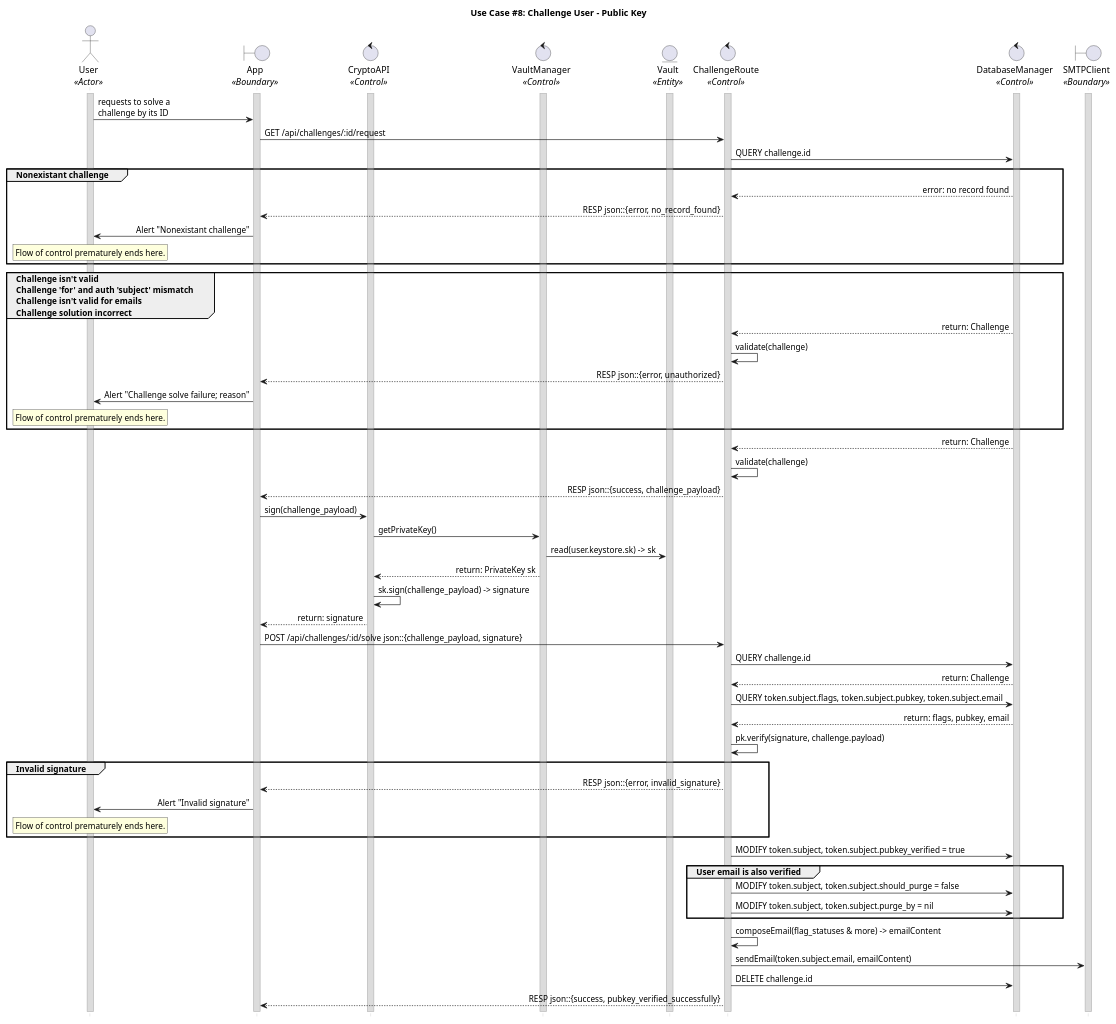
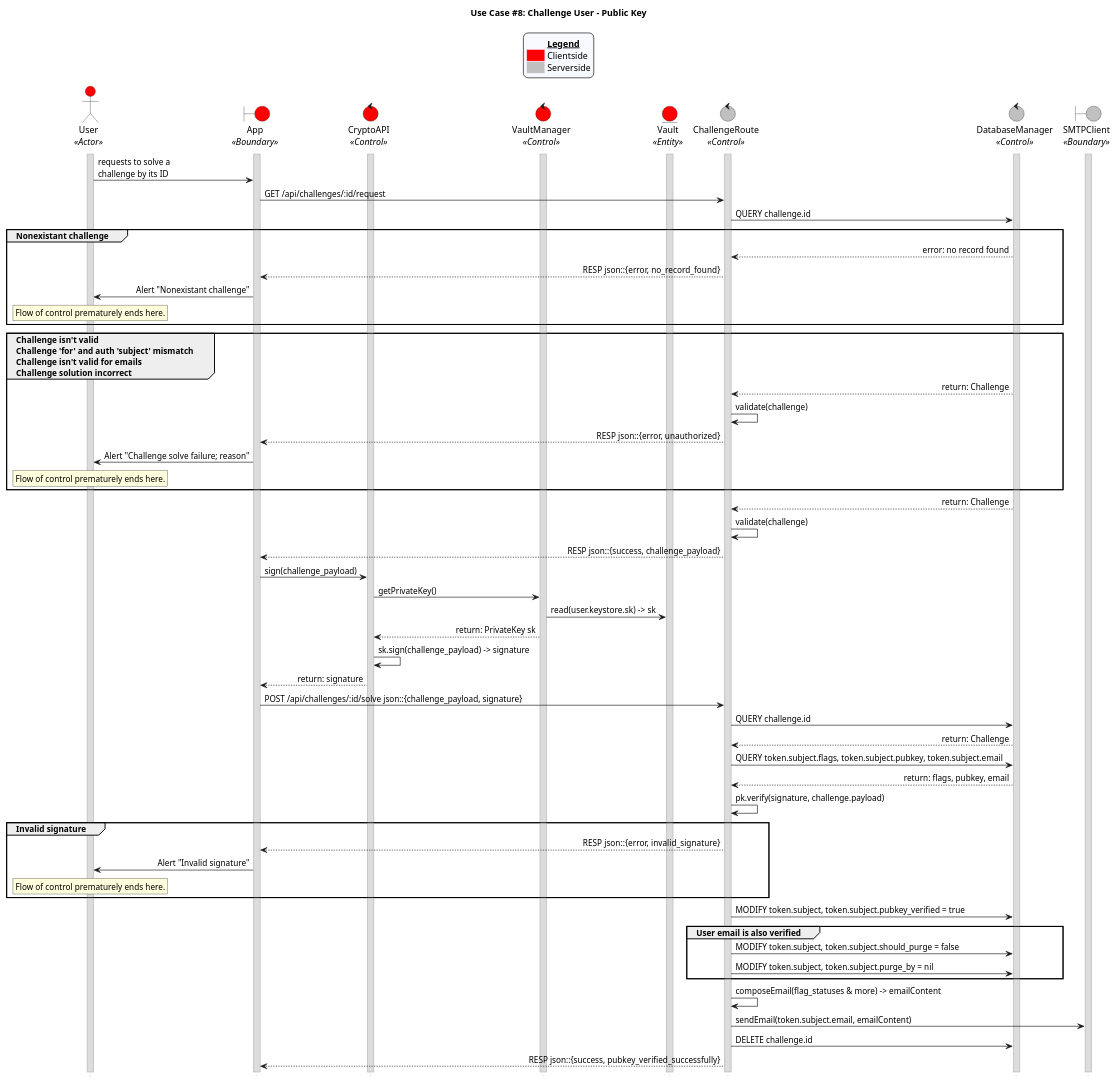
Before and after one commit to CECS-491-SP24-Group-1/seq-diagrams: the diagram in uc_08_pubkey.puml, drawn with PlantUML. The commit also changed 8 other files, not shown here.

Commit message:
Add legends to the diagrams

```diff
--- a/uc_08_pubkey.puml
+++ b/uc_08_pubkey.puml
@@ -1,121 +1,133 @@
 @startuml uc08_pubkey
 title "Use Case #8: Challenge User - Public Key"
 
 'Styling goes here
 hide footbox
 skinparam stereotypePosition bottom
 skinparam sequenceMessageAlign direction
 skinparam sequence {
 	LifeLineBorderColor #Silver
 	LifeLineBackgroundColor #Gainsboro
 }
 
+'Add a legend plus styling
+skinparam legend {
+	backgroundColor #GhostWhite
+	entrySeparator #GhostWhite
+}
+
+legend top
+	<#GhostWhite,#GhostWhite>|	|= __Legend__ |
+	|<#red> | Clientside|
+	|<#silver> | Serverside|
+endlegend
+
 'Setup the objects involved here
-actor User as u <<Actor>>
-boundary App as a <<Boundary>>
-control CryptoAPI as ca <<Control>>
-control VaultManager as vm <<Control>>
-entity Vault as v <<Entity>>
-control ChallengeRoute as cr <<Control>>
-control DatabaseManager as db <<Control>>
-boundary SMTPClient as sc <<Boundary>>
+actor User as u <<Actor>> #red
+boundary App as a <<Boundary>> #red
+control CryptoAPI as ca <<Control>> #red
+control VaultManager as vm <<Control>> #red
+entity Vault as v <<Entity>> #red
+control ChallengeRoute as cr <<Control>> #silver
+control DatabaseManager as db <<Control>> #silver
+boundary SMTPClient as sc <<Boundary>> #silver
 
 'Setup persistent objects here
 activate u
 activate a
 activate ca
 activate vm
 activate v
 activate cr
 activate db
 activate sc
 
 '--- FLOW OF CONTROL STARTS HERE ---
 'User submits a request to verify their public key.
 u -> a: requests to solve a \nchallenge by its ID
 
 'App requests the challenge from the server by its ID.
 a -> cr: GET /api/challenges/:id/request
 
 'Server checks if the challenge is valid
 cr -> db: QUERY challenge.id
 
 'Case 1: The challenge doesn't exist
 group Nonexistant challenge
 	db --> cr: error: no record found
 	cr --> a: RESP json::{error, no_record_found}
 	a -> u: Alert "Nonexistant challenge"
 	rnote over u
 	Flow of control prematurely ends here.
 	endrnote
 end
 
 'Case 2: The challenge is invalid, not for this user, not email challenge, or the solution is incorrect.
 group Challenge isn't valid \nChallenge 'for' and auth 'subject' mismatch \nChallenge isn't valid for emails \nChallenge solution incorrect
 	db --> cr: return: Challenge
 	cr -> cr: validate(challenge)
 	cr --> a: RESP json::{error, unauthorized}
 	a -> u: Alert "Challenge solve failure; reason"
 	rnote over u
 	Flow of control prematurely ends here.
 	endrnote
 end
 
 'Default case: challenge exists and is valid.
 db --> cr: return: Challenge
 cr -> cr: validate(challenge)
 
 'Server sends the challenge payload to the user.
 cr --> a: RESP json::{success, challenge_payload}
 
 'The app signs the challenge payload with the user's private key.
 a -> ca: sign(challenge_payload)
 ca -> vm: getPrivateKey()
 vm -> v: read(user.keystore.sk) -> sk
 vm --> ca: return: PrivateKey sk
 ca -> ca: sk.sign(challenge_payload) -> signature
 ca --> a: return: signature
 
 'The app sends the signature to the server.
 a -> cr: POST /api/challenges/:id/solve json::{challenge_payload, signature}
 
 'The server queries the database for the challenge info
 cr -> db: QUERY challenge.id
 db --> cr: return: Challenge
 
 'The server queries the database for the user flags public key, and email.
 cr -> db: QUERY token.subject.flags, token.subject.pubkey, token.subject.email
 db --> cr: return: flags, pubkey, email
 
 'The server verifies the signature against the known public key.
 cr -> cr: pk.verify(signature, challenge.payload)
 
 'Case 1: The signature is invalid.
 group Invalid signature
 	cr --> a: RESP json::{error, invalid_signature}
 	a -> u: Alert "Invalid signature"
 	rnote over u
 	Flow of control prematurely ends here.
 	endrnote
 end
 
 'Default case: the verification succeeds. 
 'Mark the user's public key as verified
 cr -> db: MODIFY token.subject, token.subject.pubkey_verified = true
 
 'Also unmark the user's account for deletion if the email is verified.
 group User email is also verified
 	cr -> db: MODIFY token.subject, token.subject.should_purge = false
 	cr -> db: MODIFY token.subject, token.subject.purge_by = nil
 end
 
 'Email the user to inform of successful challenge completion and next steps.
 cr -> cr: composeEmail(flag_statuses & more) -> emailContent
 cr -> sc: sendEmail(token.subject.email, emailContent)
 
 'Cleanup and return the feedback to the user
 cr -> db: DELETE challenge.id
 cr --> a: RESP json::{success, pubkey_verified_successfully}
 '--- FLOW OF CONTROL ENDS HERE   ---
 
 @enduml
```
